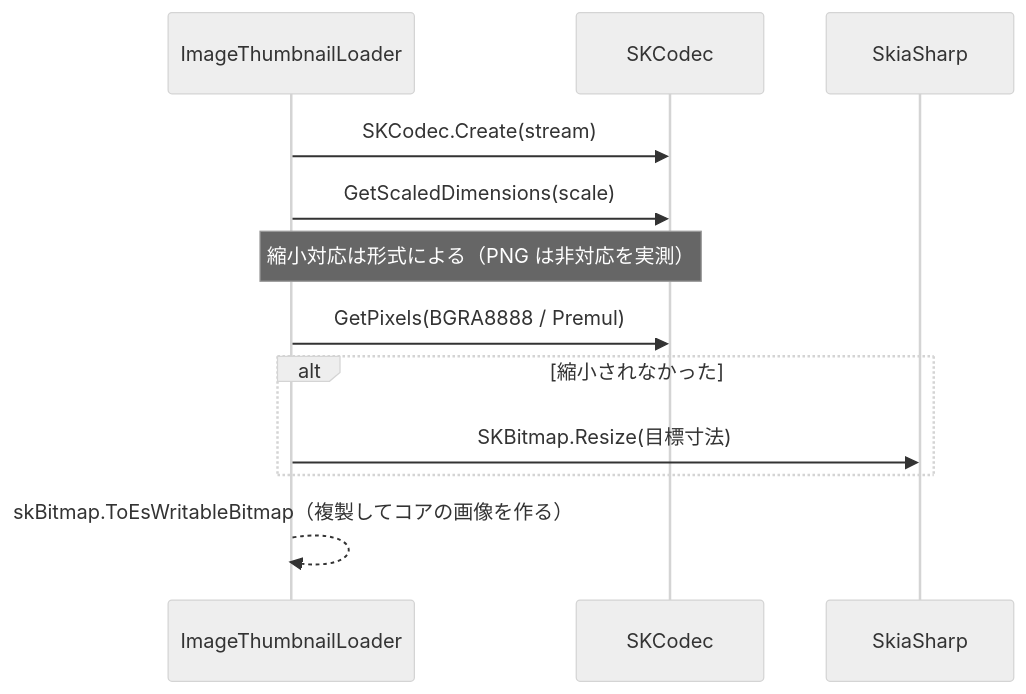
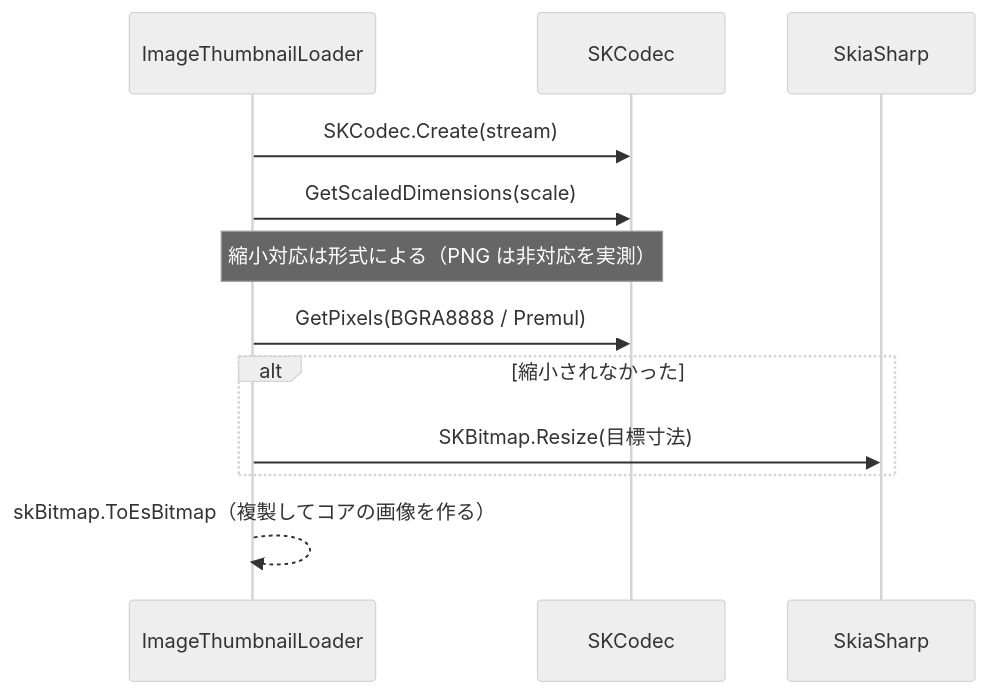
Before and after one commit to tomokuni/SaveEvidence: the sixth of 12 diagrams in src/App.MewUI/docs/SPEC_System.md, drawn with Mermaid (neutral theme). The commit also changed other lines of this file and 41 other files, not shown here.

````diff
--- a/src/App.MewUI/docs/SPEC_System.md
+++ b/src/App.MewUI/docs/SPEC_System.md
@@ -455,15 +455,15 @@
 ```mermaid
 sequenceDiagram
     participant IL as ImageThumbnailLoader
     participant CO as SKCodec
     participant SK as SkiaSharp
 
     IL->>CO: SKCodec.Create(stream)
     IL->>CO: GetScaledDimensions(scale)
     Note over IL,CO: 縮小対応は形式による（PNG は非対応を実測）
     IL->>CO: GetPixels(BGRA8888 / Premul)
     alt 縮小されなかった
         IL->>SK: SKBitmap.Resize(目標寸法)
     end
-    IL-->>IL: skBitmap.ToEsWritableBitmap（複製してコアの画像を作る）
+    IL-->>IL: skBitmap.ToEsBitmap（複製してコアの画像を作る）
 ```
````
